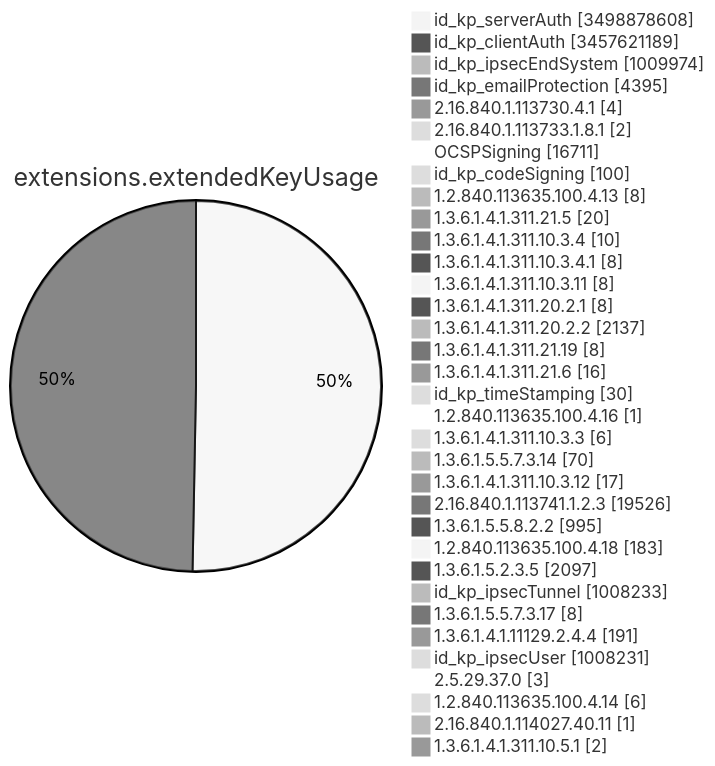
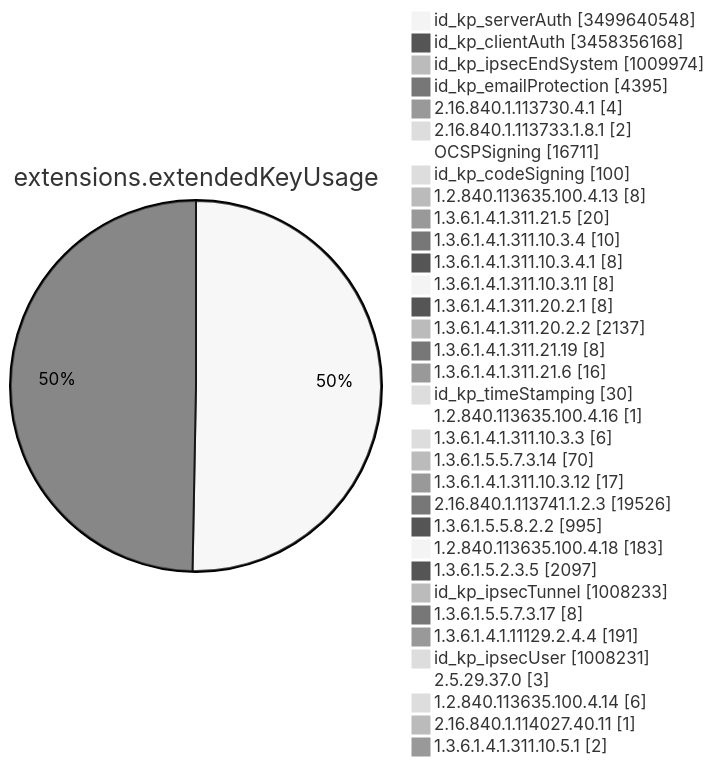
One commit to christiankrug/ctmonitor_visualization changed diagram 11 of 15 in TOTAL/README.md. Above: the diagram before and after it, drawn with Mermaid (neutral theme). The commit also changed other lines of this file, not shown here.

````diff
--- a/TOTAL/README.md
+++ b/TOTAL/README.md
@@ -4125,38 +4126,38 @@
 ```mermaid
 pie showData
 title extensions.extendedKeyUsage
-"id_kp_serverAuth" :3498878608
-"id_kp_clientAuth" :3457621189
+"id_kp_serverAuth" :3499640548
+"id_kp_clientAuth" :3458356168
 "id_kp_ipsecEndSystem" :1009974
 "id_kp_emailProtection" :4395
 "2.16.840.1.113730.4.1" :4
 "2.16.840.1.113733.1.8.1" :2
 "OCSPSigning" :16711
 "id_kp_codeSigning" :100
 "1.2.840.113635.100.4.13" :8
 "1.3.6.1.4.1.311.21.5" :20
 "1.3.6.1.4.1.311.10.3.4" :10
 "1.3.6.1.4.1.311.10.3.4.1" :8
 "1.3.6.1.4.1.311.10.3.11" :8
 "1.3.6.1.4.1.311.20.2.1" :8
 "1.3.6.1.4.1.311.20.2.2" :2137
 "1.3.6.1.4.1.311.21.19" :8
 "1.3.6.1.4.1.311.21.6" :16
 "id_kp_timeStamping" :30
 "1.2.840.113635.100.4.16" :1
 "1.3.6.1.4.1.311.10.3.3" :6
 "1.3.6.1.5.5.7.3.14" :70
 "1.3.6.1.4.1.311.10.3.12" :17
 "2.16.840.1.113741.1.2.3" :19526
 "1.3.6.1.5.5.8.2.2" :995
 "1.2.840.113635.100.4.18" :183
 "1.3.6.1.5.2.3.5" :2097
 "id_kp_ipsecTunnel" :1008233
 "1.3.6.1.5.5.7.3.17" :8
 "1.3.6.1.4.1.11129.2.4.4" :191
 "id_kp_ipsecUser" :1008231
 "2.5.29.37.0" :3
 "1.2.840.113635.100.4.14" :6
 "2.16.840.1.114027.40.11" :1
 "1.3.6.1.4.1.311.10.5.1" :2
 ```
````
